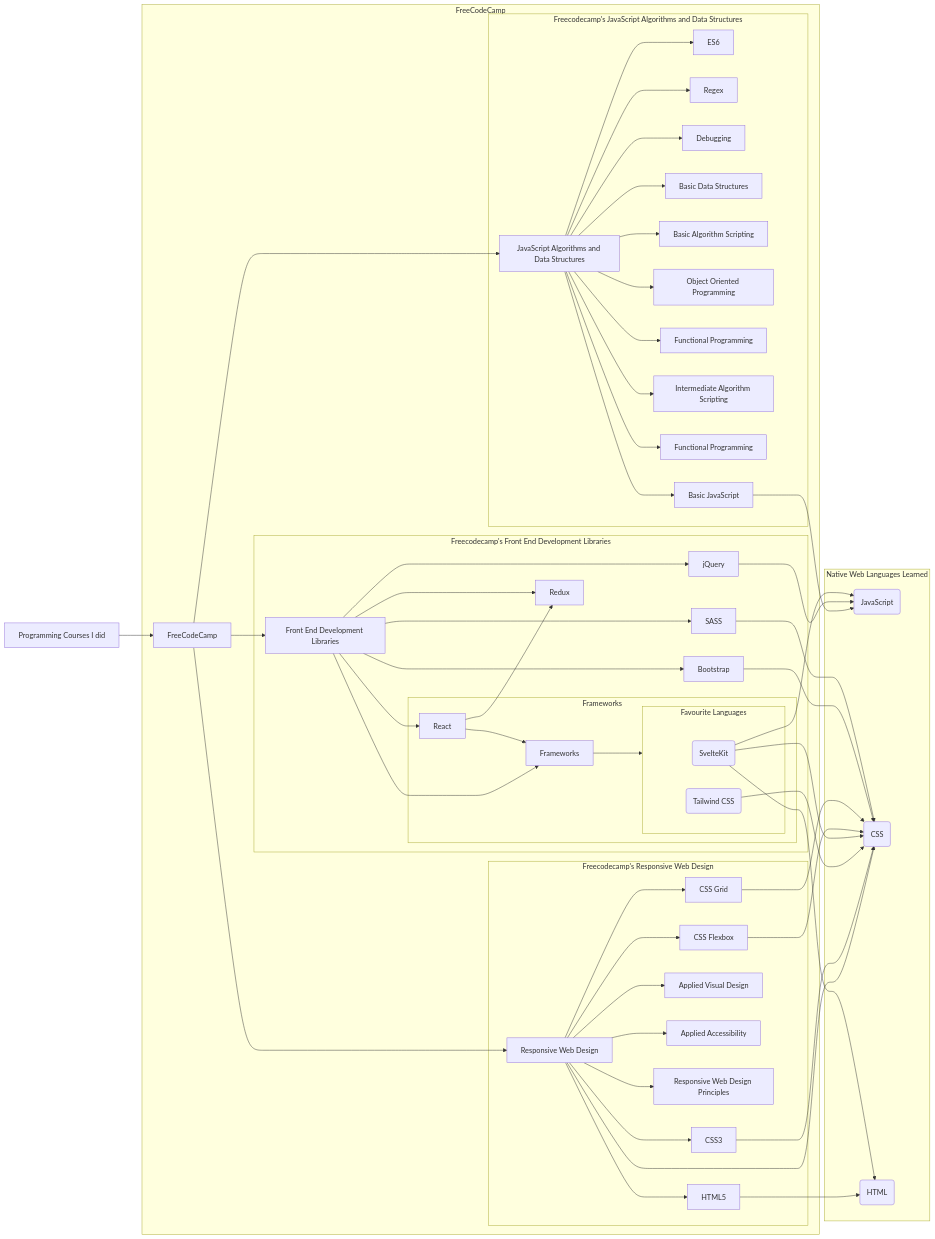
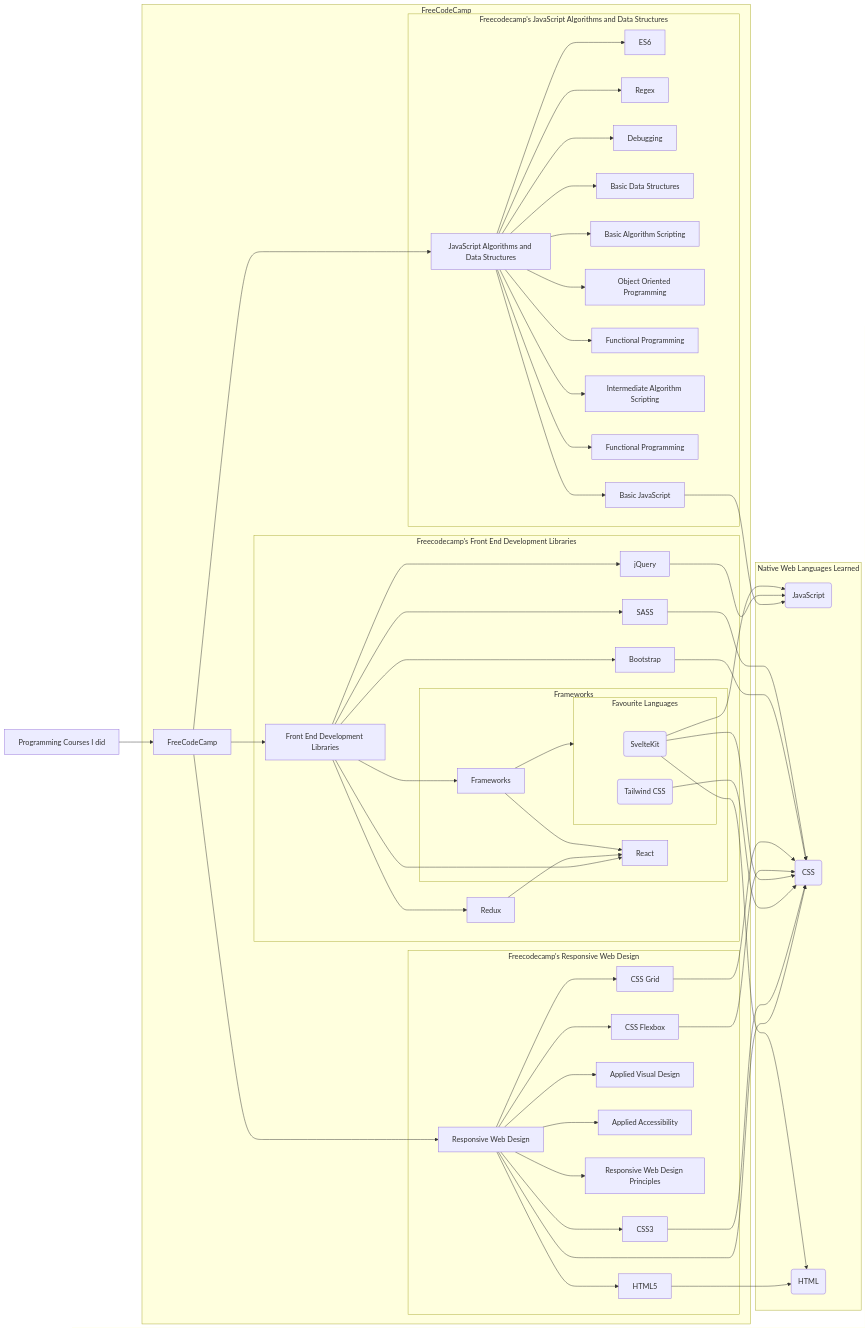
The diagram in README.md (Laaouatni/Laaouatni), drawn with Mermaid before and after one commit.

```diff
--- a/README.md
+++ b/README.md
@@ -91,11 +91,11 @@
             d03 --> d031[jQuery]
             d03 --> d033[React]
 
-            d033 --> d034 
+            d034 --> d033
             d03 --> c0
 
             subgraph Frameworks
-                d033 --> c0[Frameworks]
+                c0[Frameworks] --> d033
 
                 c0 --> favLangs
 
```
